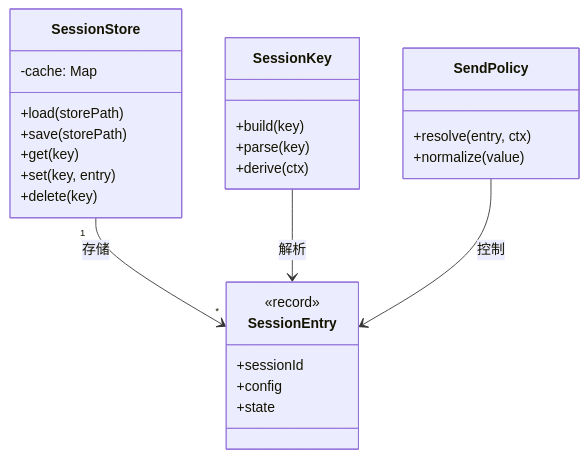
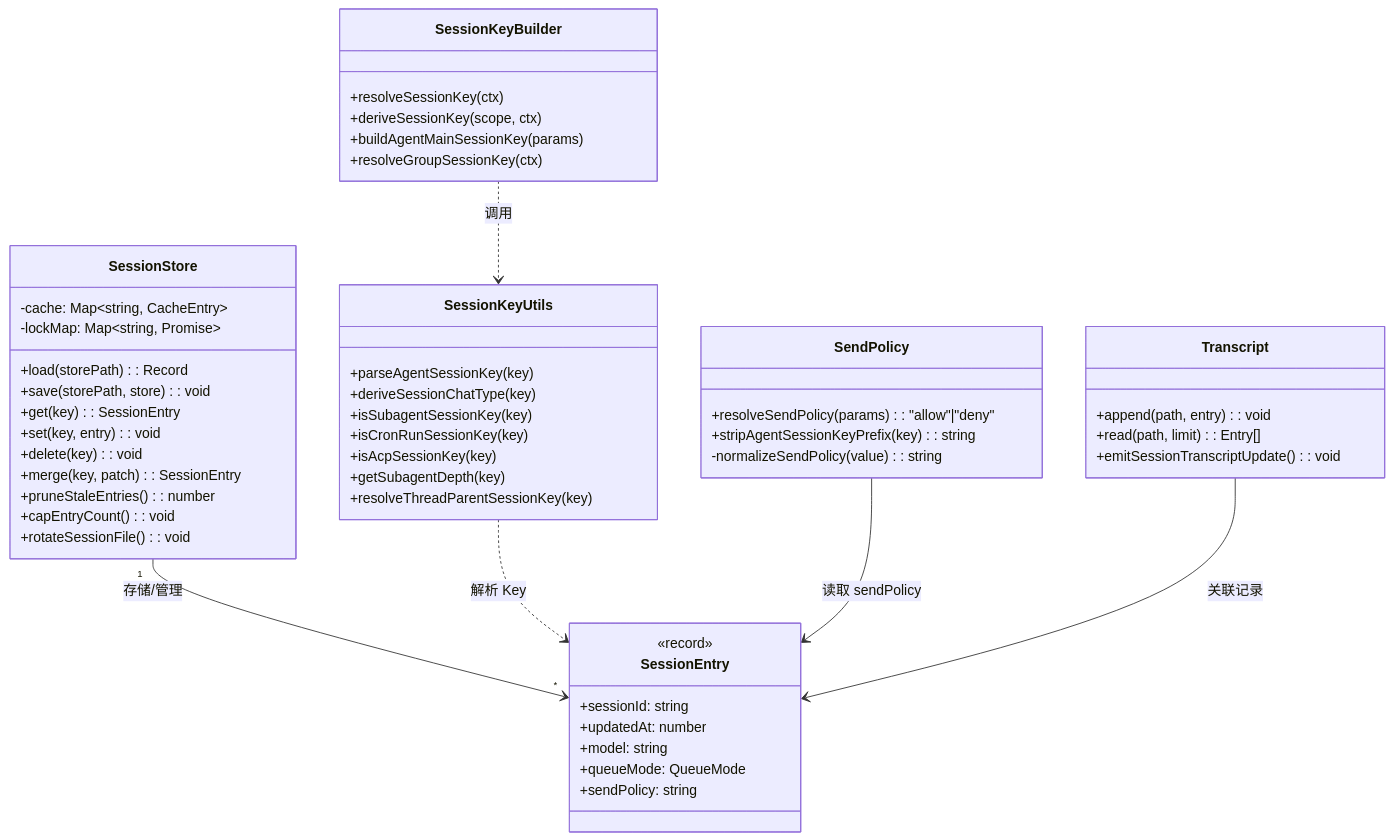
Before and after one commit to caicongyang/bloger: the fourth of 12 diagrams in openclaw/OPENCLAW-SESSIONS.md, drawn with Mermaid. The commit also changed other lines of this file and 13 other files, not shown here.

````diff
--- a/openclaw/OPENCLAW-SESSIONS.md
+++ b/openclaw/OPENCLAW-SESSIONS.md
@@ -252,33 +321,60 @@
 ```mermaid
 classDiagram
     class SessionStore {
-        -cache: Map
-        +load(storePath)
-        +save(storePath)
-        +get(key)
-        +set(key, entry)
-        +delete(key)
+        -cache: Map~string, CacheEntry~
+        -lockMap: Map~string, Promise~
+        +load(storePath): Record
+        +save(storePath, store): void
+        +get(key): SessionEntry
+        +set(key, entry): void
+        +delete(key): void
+        +merge(key, patch): SessionEntry
+        +pruneStaleEntries(): number
+        +capEntryCount(): void
+        +rotateSessionFile(): void
     }
-    
-    class SessionKey {
-        +build(key)
-        +parse(key)
-        +derive(ctx)
+
+    class SessionKeyUtils {
+        +parseAgentSessionKey(key)
+        +deriveSessionChatType(key)
+        +isSubagentSessionKey(key)
+        +isCronRunSessionKey(key)
+        +isAcpSessionKey(key)
+        +getSubagentDepth(key)
+        +resolveThreadParentSessionKey(key)
     }
-    
+
+    class SessionKeyBuilder {
+        +resolveSessionKey(ctx)
+        +deriveSessionKey(scope, ctx)
+        +buildAgentMainSessionKey(params)
+        +resolveGroupSessionKey(ctx)
+    }
+
     class SendPolicy {
-        +resolve(entry, ctx)
-        +normalize(value)
+        +resolveSendPolicy(params): "allow"|"deny"
+        +stripAgentSessionKeyPrefix(key): string
+        -normalizeSendPolicy(value): string
     }
-    
+
+    class Transcript {
+        +append(path, entry): void
+        +read(path, limit): Entry[]
+        +emitSessionTranscriptUpdate(): void
+    }
+
     class SessionEntry {
         <<record>>
-        +sessionId
-        +config
-        +state
+        +sessionId: string
+        +updatedAt: number
+        +model: string
+        +queueMode: QueueMode
+        +sendPolicy: string
     }
-    
-    SessionStore "1" --> "*" SessionEntry : 存储
-    SessionKey --> SessionEntry : 解析
-    SendPolicy --> SessionEntry : 控制
+
+    SessionStore "1" --> "*" SessionEntry : 存储/管理
+    SessionKeyUtils ..> SessionEntry : 解析 Key
+    SessionKeyBuilder ..> SessionKeyUtils : 调用
+    SendPolicy --> SessionEntry : 读取 sendPolicy
+    Transcript --> SessionEntry : 关联记录
 ```
````
